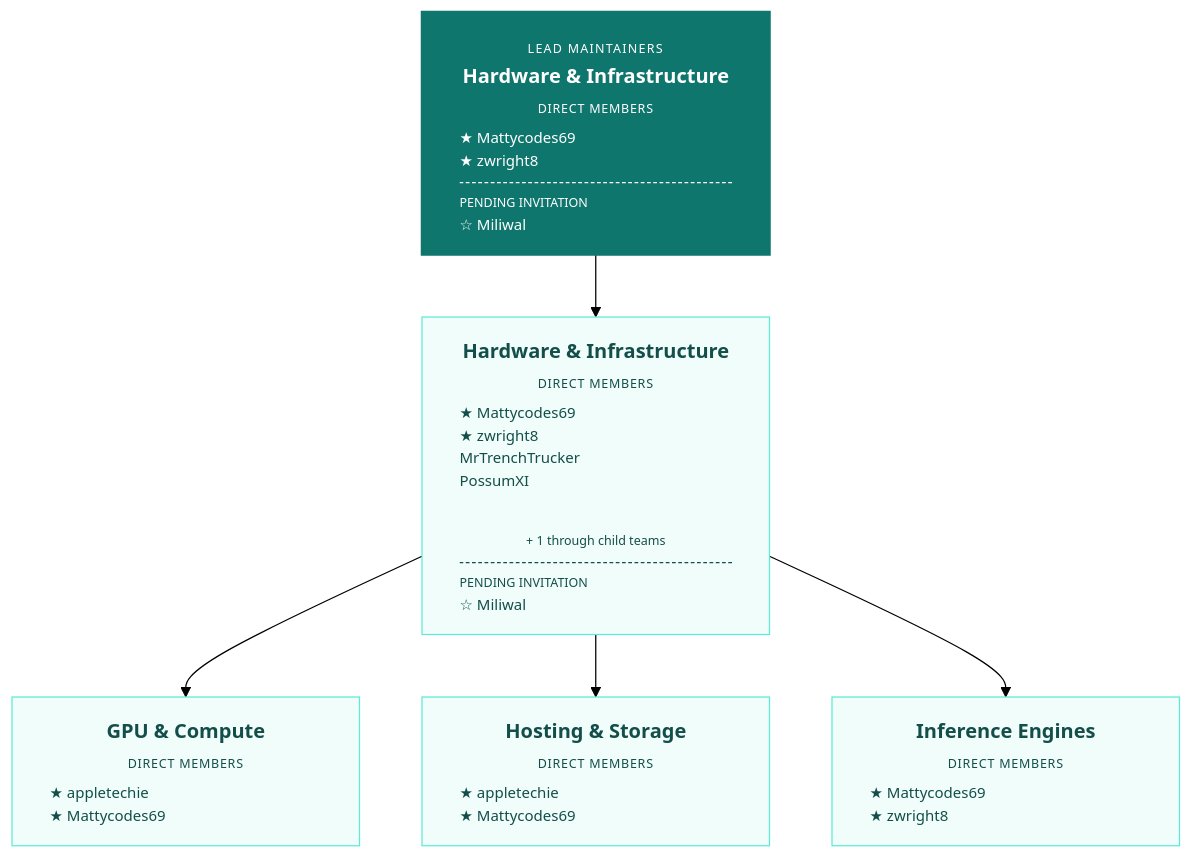
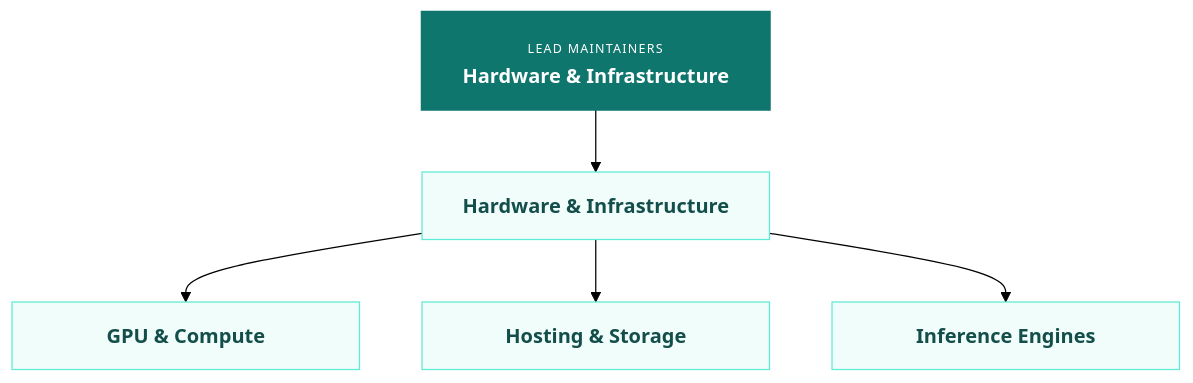
The diagram in docs/organization/snapshots/2026-10-29/area-hardware-infrastructure.mmd (Pick-Your-AI/.github), drawn with Mermaid (forest theme) before and after one commit. The commit also changed 53 other files, not shown here.

Commit message:
Remove private membership data from public organization charts

```diff
--- a/docs/organization/snapshots/2026-10-29/area-hardware-infrastructure.mmd
+++ b/docs/organization/snapshots/2026-10-29/area-hardware-infrastructure.mmd
@@ -1,30 +1,30 @@
-%% Live GitHub snapshot 2026-10-30T02:33:56.069534+00:00
-%% Includes all direct members and pending invitees.
+%% Historical team hierarchy captured 2026-10-30T02:33:56.069534+00:00
+%% Public team structure only; personal data excluded.
 flowchart TB
- team_20422308["<div style='width:218px;text-align:center;line-height:1.5'><b>GPU &amp; Compute</b><br/><span style='font-size:10px;letter-spacing:0.6px'>DIRECT MEMBERS</span><div style='font-size:12px;text-align:left;margin-top:5px'>★ appletechie<br/>★ Mattycodes69</div></div>"]:::research
- team_20422305["<div style='width:218px;text-align:center;line-height:1.5'><b>Hardware &amp; Infrastructure</b><br/><span style='font-size:10px;letter-spacing:0.6px'>DIRECT MEMBERS</span><div style='font-size:12px;text-align:left;margin-top:5px'>★ Mattycodes69<br/>★ zwright8<br/>MrTrenchTrucker<br/>PossumXI</div><br/><span style='font-size:10px'>+ 1 through child teams</span><div style='border-top:1px dashed currentColor;margin-top:8px;padding-top:6px;font-size:12px;text-align:left'><span style='font-size:10px'>PENDING INVITATION</span><br/>☆ Miliwal</div></div>"]:::research
- team_20422309["<div style='width:218px;text-align:center;line-height:1.5'><b>Hosting &amp; Storage</b><br/><span style='font-size:10px;letter-spacing:0.6px'>DIRECT MEMBERS</span><div style='font-size:12px;text-align:left;margin-top:5px'>★ appletechie<br/>★ Mattycodes69</div></div>"]:::research
- team_20422310["<div style='width:218px;text-align:center;line-height:1.5'><b>Inference Engines</b><br/><span style='font-size:10px;letter-spacing:0.6px'>DIRECT MEMBERS</span><div style='font-size:12px;text-align:left;margin-top:5px'>★ Mattycodes69<br/>★ zwright8</div></div>"]:::research
- team_20422306["<div style='width:218px;text-align:center;line-height:1.5'><span style='font-size:10px;letter-spacing:1px'>LEAD MAINTAINERS</span><br/><b>Hardware &amp; Infrastructure</b><br/><span style='font-size:10px;letter-spacing:0.6px'>DIRECT MEMBERS</span><div style='font-size:12px;text-align:left;margin-top:5px'>★ Mattycodes69<br/>★ zwright8</div><div style='border-top:1px dashed currentColor;margin-top:8px;padding-top:6px;font-size:12px;text-align:left'><span style='font-size:10px'>PENDING INVITATION</span><br/>☆ Miliwal</div></div>"]:::researchLead
+ team_20422308["<div style='width:218px;text-align:center;line-height:1.5'><b>GPU &amp; Compute</b></div>"]:::research
+ team_20422305["<div style='width:218px;text-align:center;line-height:1.5'><b>Hardware &amp; Infrastructure</b></div>"]:::research
+ team_20422309["<div style='width:218px;text-align:center;line-height:1.5'><b>Hosting &amp; Storage</b></div>"]:::research
+ team_20422310["<div style='width:218px;text-align:center;line-height:1.5'><b>Inference Engines</b></div>"]:::research
+ team_20422306["<div style='width:218px;text-align:center;line-height:1.5'><span style='font-size:10px;letter-spacing:1px'>LEAD MAINTAINERS</span><br/><b>Hardware &amp; Infrastructure</b></div>"]:::researchLead
  team_20422305 --> team_20422308
  team_20422306 --> team_20422305
  team_20422305 --> team_20422309
  team_20422305 --> team_20422310
 
  classDef owner fill:#102f3e,stroke:#102f3e,color:#fff,stroke-width:2px;
  classDef governance fill:#edf2f7,stroke:#94a3b8,color:#243c4b;
  classDef researchLead fill:#0f766e,stroke:#0f766e,color:#fff,stroke-width:2px;
  classDef research fill:#f0fdfa,stroke:#5eead4,color:#134e4a;
  classDef webLead fill:#1d4ed8,stroke:#1d4ed8,color:#fff,stroke-width:2px;
  classDef web fill:#eff6ff,stroke:#93c5fd,color:#1e3a8a;
  classDef mobileLead fill:#6d28d9,stroke:#6d28d9,color:#fff,stroke-width:2px;
  classDef mobile fill:#f5f3ff,stroke:#c4b5fd,color:#4c1d95;
  classDef educationLead fill:#c2410c,stroke:#c2410c,color:#fff,stroke-width:2px;
  classDef education fill:#fff7ed,stroke:#fdba74,color:#7c2d12;
  classDef community fill:#fffbeb,stroke:#fbbf24,color:#78350f;
 
  click team_20422308 "https://github.com/orgs/Pick-Your-AI/teams/gpu-compute" "GPU &amp; Compute" _blank
  click team_20422305 "https://github.com/orgs/Pick-Your-AI/teams/hardware-infrastructure" "Hardware &amp; Infrastructure" _blank
  click team_20422309 "https://github.com/orgs/Pick-Your-AI/teams/hosting-storage" "Hosting &amp; Storage" _blank
  click team_20422310 "https://github.com/orgs/Pick-Your-AI/teams/inference-engines" "Inference Engines" _blank
  click team_20422306 "https://github.com/orgs/Pick-Your-AI/teams/lead-maintainers-hardware-infrastructure" "Lead Maintainers - Hardware &amp; Infrastructure" _blank
```
